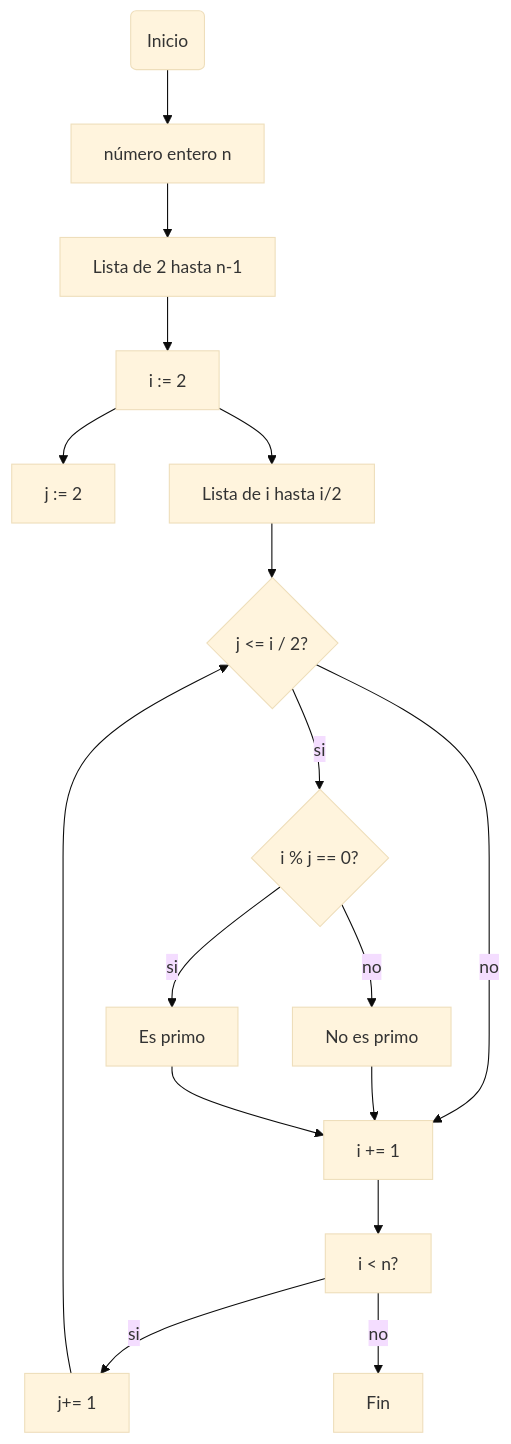
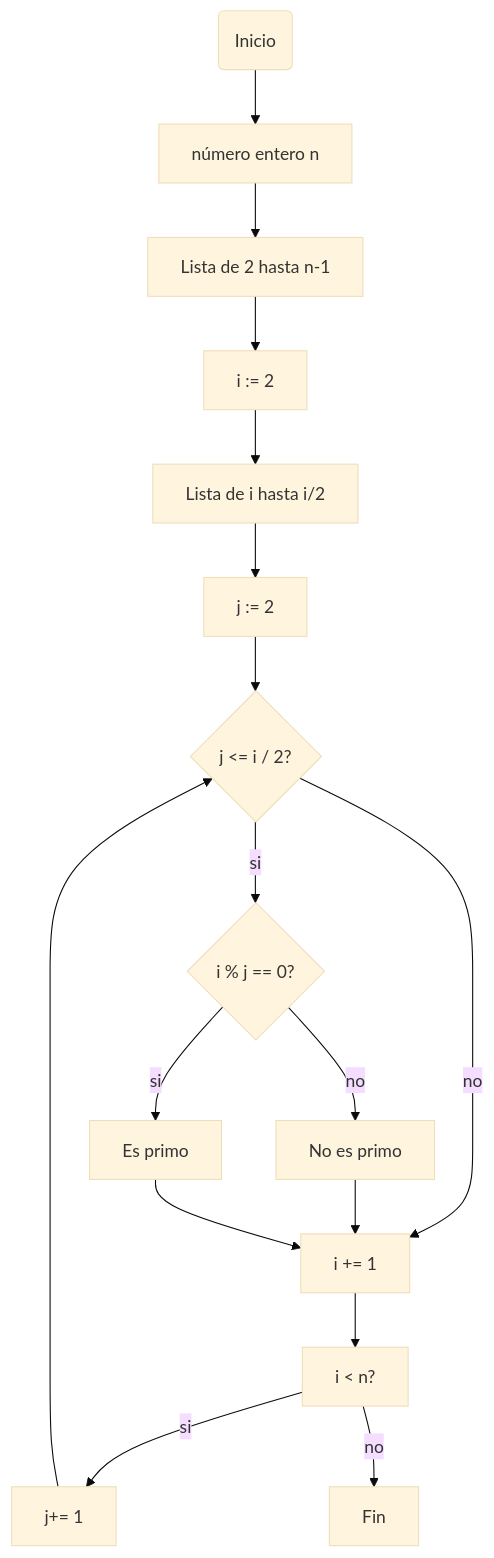
One commit to SebastianCespedes12/Repo_2 changed the first of 2 diagrams in README.md. Above: the diagram before and after it, drawn with Mermaid (base theme).

````diff
--- a/README.md
+++ b/README.md
@@ -24,19 +24,19 @@
 ```mermaid
 flowchart TD
 A(Inicio)-->B[número entero n]
 B-->M[Lista de 2 hasta n-1]
 M-->C[i := 2] 
-C-->D[j := 2]
 C-->N[Lista de i hasta i/2]
-N-->E{j <= i / 2?}
+N-->D[j := 2]
+D-->E{j <= i / 2?}
 E-->|si|F{i % j == 0?}
 E-->|no|I
 F-->|no|G[No es primo]
 F-->|si|H[Es primo]
 G-->I[i += 1]
 H-->I
 I-->J[i < n?]
 J-->|si|K[j+= 1]
 K-->E
 J-->|no|L[Fin]
 ```
````
